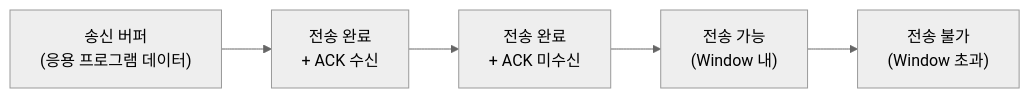
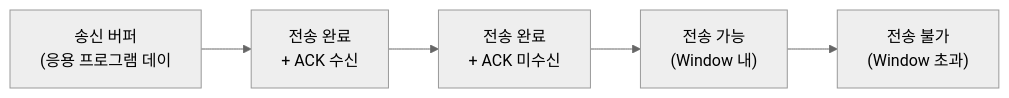
The third of 6 diagrams in _posts/network/2026-05-03-tcp-udp-deep.md (yjkim2015/yjkim2015.github.io), drawn with Mermaid (neutral theme) before and after one commit. The commit also changed other lines of this file and 271 other files, not shown here.

First line of the commit message:
Mermaid 라벨 축소: 긴 노드 텍스트 18자 이하로 트림 + \n 제거

````diff
--- a/_posts/network/2026-05-03-tcp-udp-deep.md
+++ b/_posts/network/2026-05-03-tcp-udp-deep.md
@@ -150,12 +150,12 @@
 ```mermaid
 graph LR
-    A["송신 버퍼\n(응용 프로그램 데이터)"]
+    A["송신 버퍼\n(응용 프로그램 데이"]
     B["전송 완료\n+ ACK 수신"]
     C["전송 완료\n+ ACK 미수신"]
     D["전송 가능\n(Window 내)"]
     E["전송 불가\n(Window 초과)"]
     A --> B
     B --> C
     C --> D
     D --> E
 ```
````
